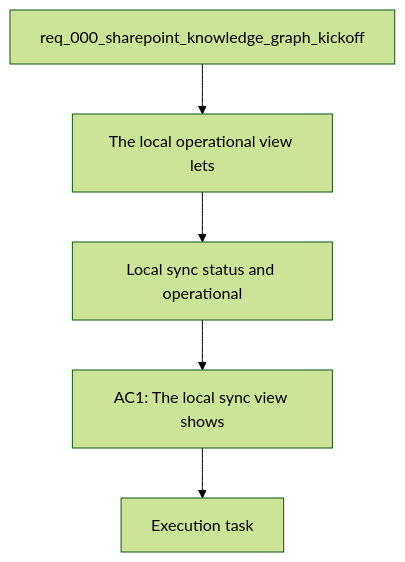
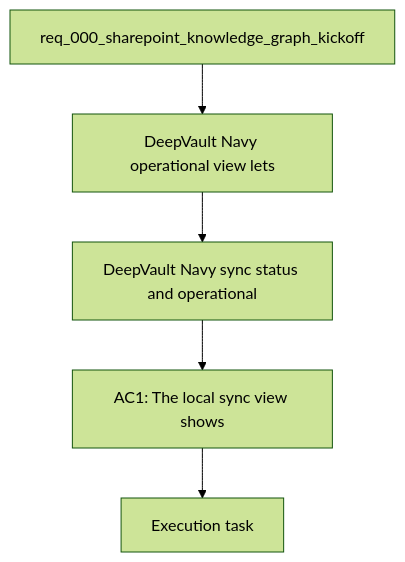
The diagram in logics/backlog/item_010_local_sync_status_and_operational_view.md (AlexAgo83/deepvault), drawn with Mermaid (forest theme) before and after one commit. The commit also changed other lines of this file and 21 other files, not shown here.

Commit message:
Update DeepVault naming and Azure hosting docs

````diff
--- a/logics/backlog/item_010_local_sync_status_and_operational_view.md
+++ b/logics/backlog/item_010_local_sync_status_and_operational_view.md
@@ -21,9 +21,9 @@
 ```mermaid
 %% logics-kind: backlog
-%% logics-signature: backlog|local-sync-status-and-operational-view|req-000-sharepoint-knowledge-graph-kicko|the-local-operational-view-lets-users|ac1-the-local-sync-view-shows
+%% logics-signature: backlog|deepvault-navy-sync-status-and-operation|req-000-sharepoint-knowledge-graph-kicko|the-deepvault-navy-operational-view|ac1-deepvault-navy-shows-crawl
 flowchart TD
-    Request[req_000_sharepoint_knowledge_graph_kickoff] --> Problem[The local operational view lets]
-    Problem --> Scope[Local sync status and operational]
+    Request[req_000_sharepoint_knowledge_graph_kickoff] --> Problem[DeepVault Navy operational view lets]
+    Problem --> Scope[DeepVault Navy sync status and operational]
     Scope --> Acceptance[AC1: The local sync view shows]
     Acceptance --> Tasks[Execution task]
 ```
````
